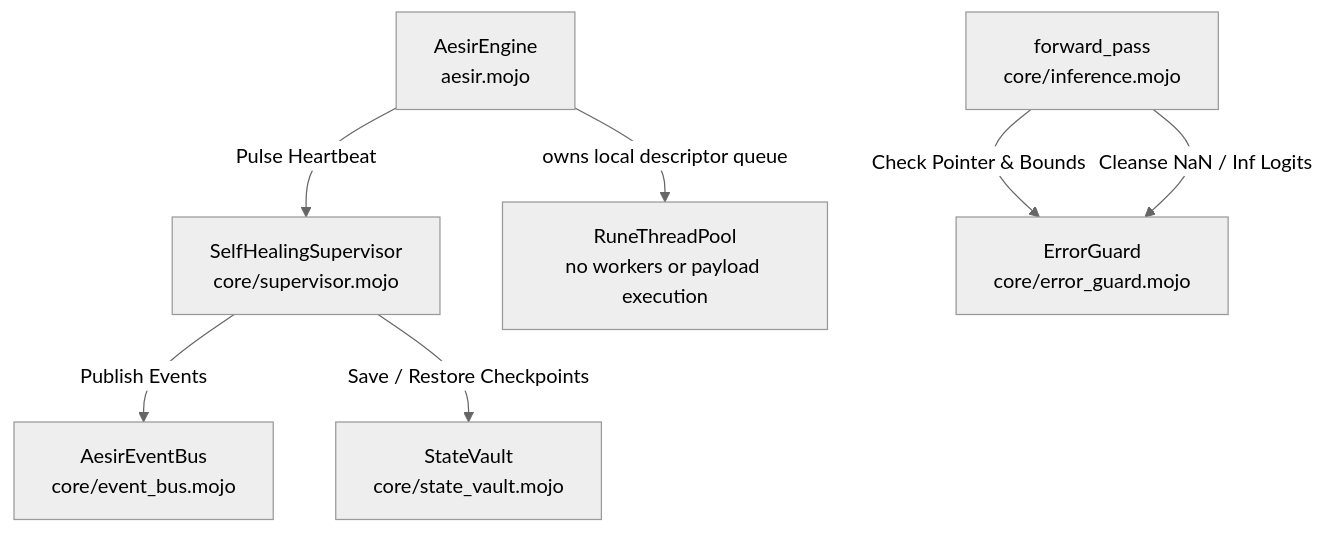
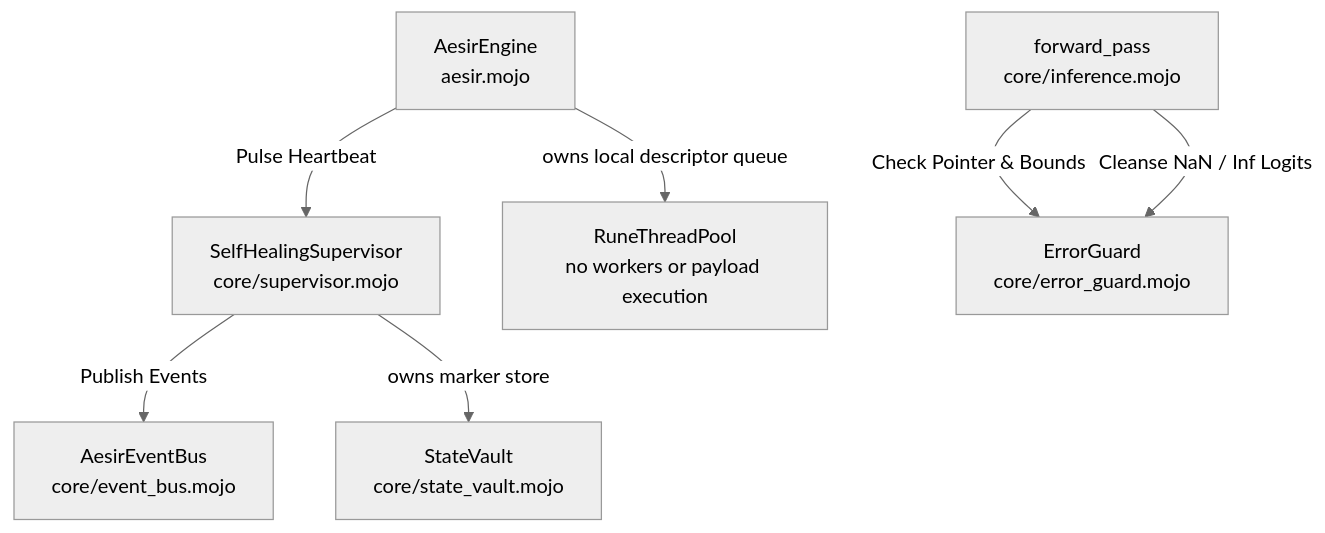
One commit to hrabanazviking/RuneForgeAI-Project-Aesir changed the second of 9 diagrams in docs/ARCHITECTURE.md. Above: the diagram before and after it, drawn with Mermaid (neutral theme). The commit also changed other lines of this file and 9 other files, not shown here.

````diff
--- a/docs/ARCHITECTURE.md
+++ b/docs/ARCHITECTURE.md
@@ -226,11 +226,11 @@
 ```mermaid
 graph TD
     Engine[AesirEngine<br/>aesir.mojo] -->|Pulse Heartbeat| Sup[SelfHealingSupervisor<br/>core/supervisor.mojo]
     Sup -->|Publish Events| Bus[AesirEventBus<br/>core/event_bus.mojo]
-    Sup -->|Save / Restore Checkpoints| Vault[StateVault<br/>core/state_vault.mojo]
+    Sup -->|owns marker store| Vault[StateVault<br/>core/state_vault.mojo]
     
     Inference[forward_pass<br/>core/inference.mojo] -->|Check Pointer & Bounds| Guard[ErrorGuard<br/>core/error_guard.mojo]
     Inference -->|Cleanse NaN / Inf Logits| Guard
     
     Engine -->|owns local descriptor queue| Pool[RuneThreadPool<br/>no workers or payload execution]
 ```
````
